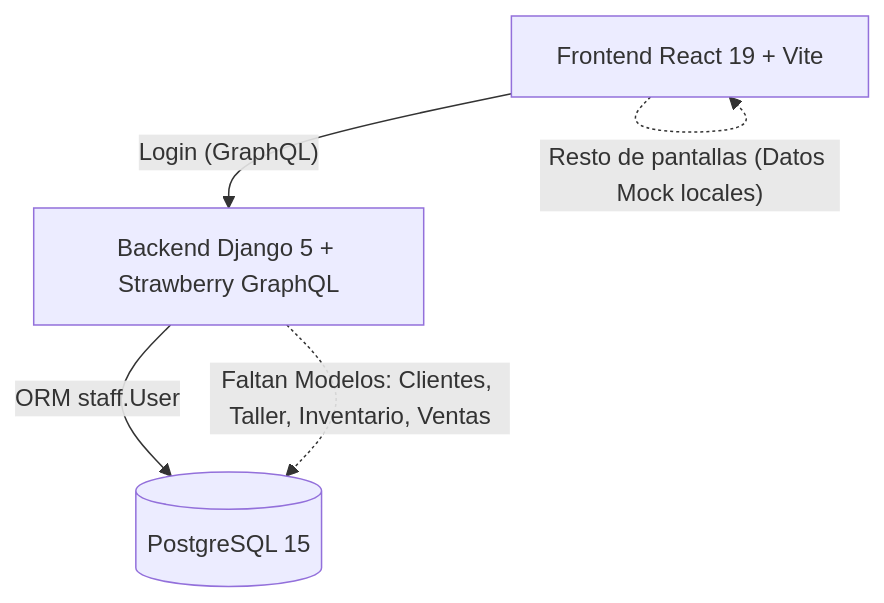
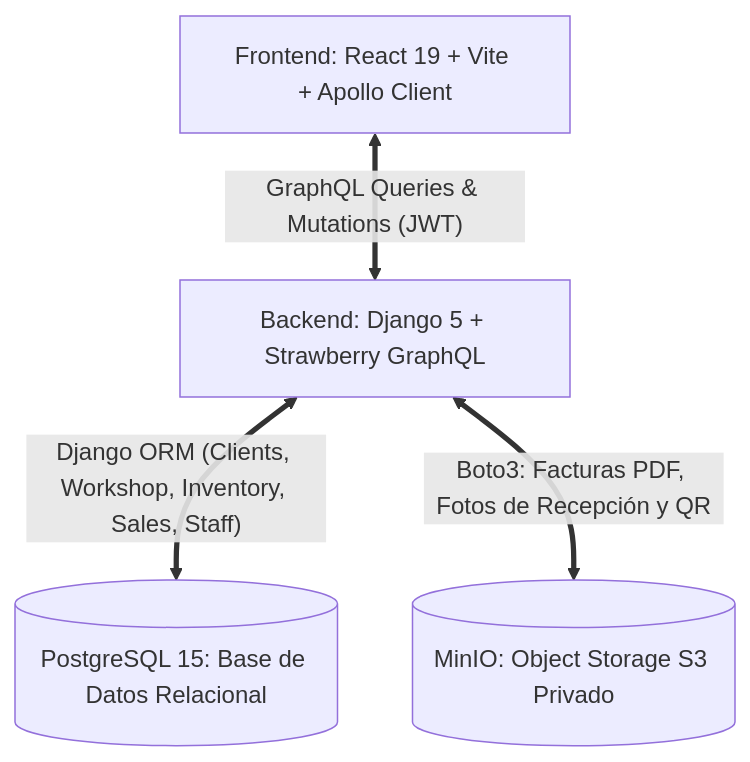
Before and after one commit to AireyuC/proyectoPF: the diagram in Docs/README.md, drawn with Mermaid. The commit also changed other lines of this file and 9 other files, not shown here.

````diff
--- a/Docs/README.md
+++ b/Docs/README.md
@@ -26,11 +29,11 @@
 ```mermaid
 graph TD
-    ClientApp[Frontend React 19 + Vite]
-    BackendApp[Backend Django 5 + Strawberry GraphQL]
-    Database[(PostgreSQL 15)]
+    ClientApp[Frontend: React 19 + Vite + Apollo Client]
+    BackendApp[Backend: Django 5 + Strawberry GraphQL]
+    Database[(PostgreSQL 15: Base de Datos Relacional)]
+    MinioStorage[(MinIO: Object Storage S3 Privado)]
 
-    ClientApp -- "Login (GraphQL)" --> BackendApp
-    ClientApp -. "Resto de pantallas (Datos Mock locales)" .-> ClientApp
-    BackendApp -- "ORM staff.User" --> Database
-    BackendApp -. "Faltan Modelos: Clientes, Taller, Inventario, Ventas" .-> Database
+    ClientApp <== "GraphQL Queries & Mutations (JWT)" ==> BackendApp
+    BackendApp <== "Django ORM (Clients, Workshop, Inventory, Sales, Staff)" ==> Database
+    BackendApp <== "Boto3: Facturas PDF, Fotos de Recepción y QR" ==> MinioStorage
 ```
````
